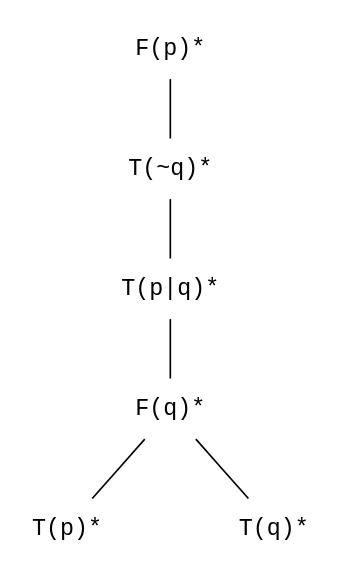
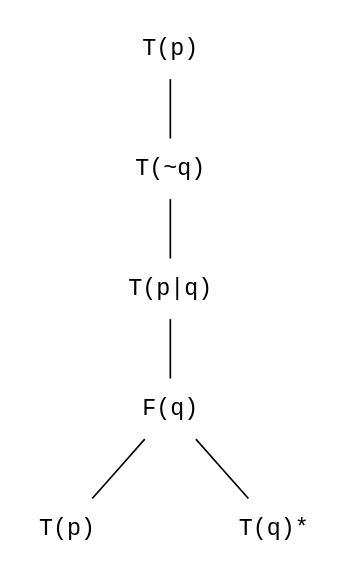
The diagram in README.MD (peter-grajcar/tableaux-sat), drawn with Graphviz before and after one commit. The commit also changed 2 other files, not shown here.

Commit message:
use list to contain a tableau

````diff
--- a/README.MD
+++ b/README.MD
@@ -133,28 +133,28 @@
 ```dot
 graph tableau {
         node[shape="plaintext", fontname="courier"]
         nodesep=0.4
         ranksep=0.5
 
-        E1[label="F(p)*"]
+        E1[label="T(p) "]
         E1 -- E2
 
-        E2[label="T(~q)*"]
+        E2[label="T(~q) "]
         E2 -- E3
 
-        E3[label="T(p|q)*"]
+        E3[label="T(p|q) "]
         E3 -- E4
 
-        E4[label="F(q)*"]
+        E4[label="F(q) "]
         E4 -- E5
         //hidden node to balance the tree
         E4hidden [label="", width=.1, style=invis]
         {rank=same;E4hidden; E5; E6}
         E4 -- E4hidden[style=invis]
         E4 -- E6
 
         E6[label="T(q)*"]
 
-        E5[label="T(p)*"]
+        E5[label="T(p) "]
 }
 ```
````
